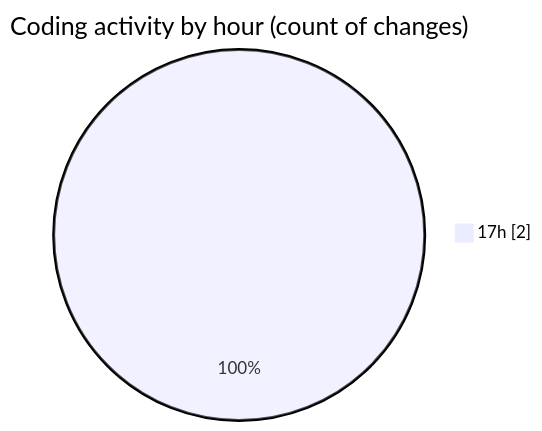
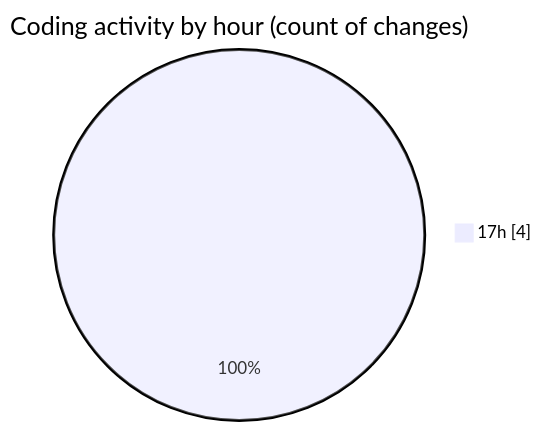
One commit to ricardozamudiocil/code-tracking changed the second of 2 diagrams in 2026-07-13/cilapp/README.md. Above: the diagram before and after it, drawn with Mermaid. The commit also changed other lines of this file and 1 other file, not shown here.

````diff
--- a/2026-07-13/cilapp/README.md
+++ b/2026-07-13/cilapp/README.md
@@ -28,5 +30,5 @@
 ```mermaid
 pie showData
 title Coding activity by hour (count of changes)
-"17h" : 2
+"17h" : 4
 ```
````
